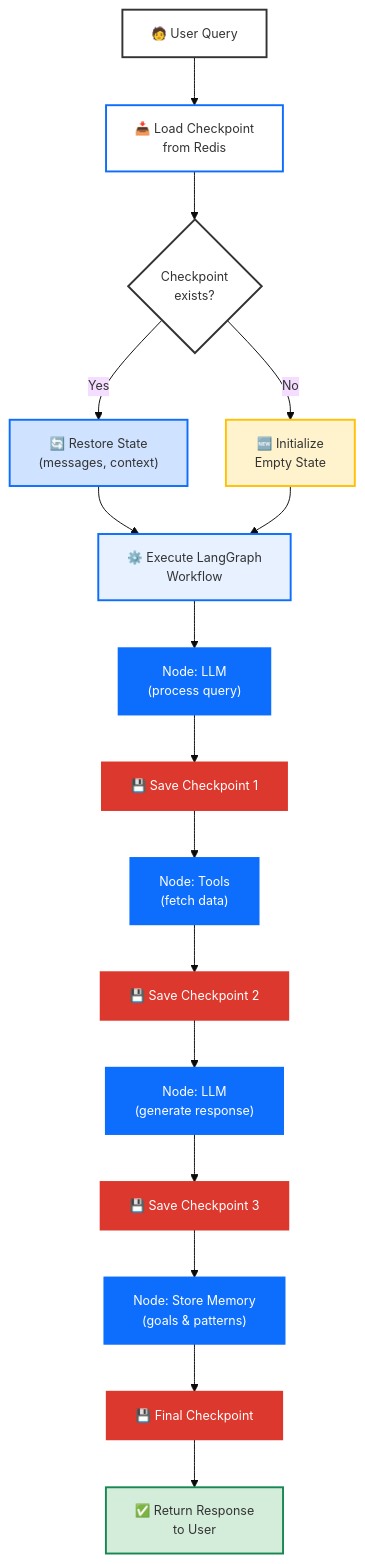
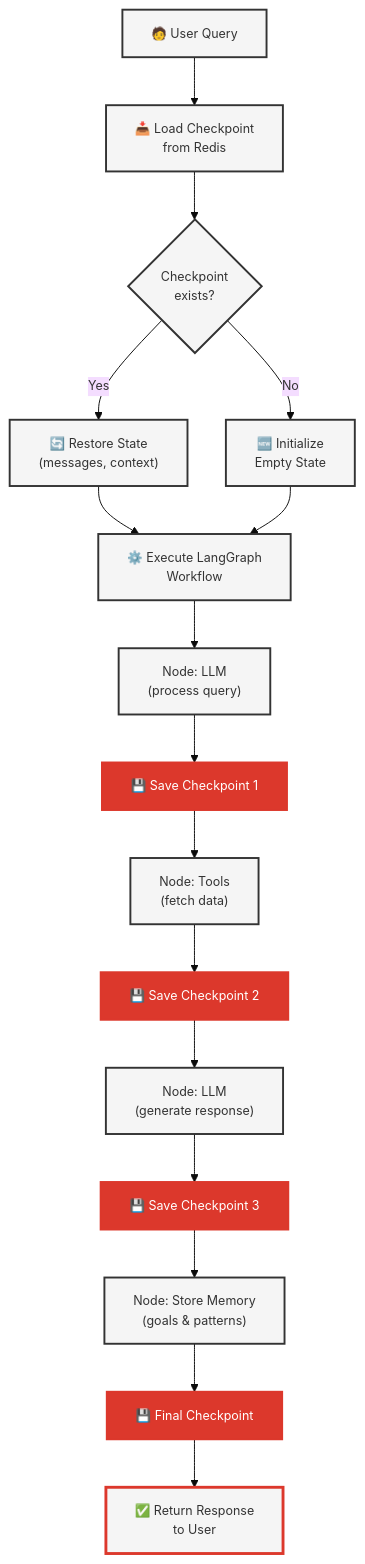
Before and after one commit to AllieRays/redis-wellness: the second of 2 diagrams in docs/12_LANGGRAPH_CHECKPOINTING.md, drawn with Mermaid. The commit also changed other lines of this file and 6 other files, not shown here.

````diff
--- a/docs/12_LANGGRAPH_CHECKPOINTING.md
+++ b/docs/12_LANGGRAPH_CHECKPOINTING.md
@@ -126,42 +126,42 @@
 ```mermaid
 %%{init: {'theme':'base', 'themeVariables': { 'fontSize':'13px'}, 'flowchart': {'nodeSpacing': 40, 'rankSpacing': 50}}}%%
 flowchart TD
     Start["🧑 User Query"] --> Load["📥 Load Checkpoint<br/>from Redis"]
     Load --> Check{"Checkpoint<br/>exists?"}
 
     Check -->|"Yes"| Restore["🔄 Restore State<br/>(messages, context)"]
     Check -->|"No"| Init["🆕 Initialize<br/>Empty State"]
 
     Restore --> Execute["⚙️ Execute LangGraph<br/>Workflow"]
     Init --> Execute
 
     Execute --> Node1["Node: LLM<br/>(process query)"]
     Node1 --> Save1["💾 Save Checkpoint 1"]
 
     Save1 --> Node2["Node: Tools<br/>(fetch data)"]
     Node2 --> Save2["💾 Save Checkpoint 2"]
 
     Save2 --> Node3["Node: LLM<br/>(generate response)"]
     Node3 --> Save3["💾 Save Checkpoint 3"]
 
     Save3 --> Store["Node: Store Memory<br/>(goals & patterns)"]
     Store --> Final["💾 Final Checkpoint"]
 
     Final --> Response["✅ Return Response<br/>to User"]
 
-    style Start fill:#fff,stroke:#333,stroke-width:2px
-    style Load fill:#fff,stroke:#0d6efd,stroke-width:2px
-    style Check fill:#fff,stroke:#333,stroke-width:2px
-    style Restore fill:#cfe2ff,stroke:#0d6efd,stroke-width:2px
-    style Init fill:#fff3cd,stroke:#ffc107,stroke-width:2px
-    style Execute fill:#e7f1ff,stroke:#0d6efd,stroke-width:2px
-    style Node1 fill:#0d6efd,stroke:#0d6efd,stroke-width:2px,color:#fff
-    style Node2 fill:#0d6efd,stroke:#0d6efd,stroke-width:2px,color:#fff
-    style Node3 fill:#0d6efd,stroke:#0d6efd,stroke-width:2px,color:#fff
-    style Store fill:#0d6efd,stroke:#0d6efd,stroke-width:2px,color:#fff
-    style Save1 fill:#dc382d,stroke:#dc382d,stroke-width:2px,color:#fff
-    style Save2 fill:#dc382d,stroke:#dc382d,stroke-width:2px,color:#fff
-    style Save3 fill:#dc382d,stroke:#dc382d,stroke-width:2px,color:#fff
-    style Final fill:#dc382d,stroke:#dc382d,stroke-width:2px,color:#fff
-    style Response fill:#d4edda,stroke:#198754,stroke-width:2px
+    style Start fill:#f5f5f5,stroke:#333,stroke-width:2px
+    style Load fill:#f5f5f5,stroke:#333,stroke-width:2px
+    style Check fill:#f5f5f5,stroke:#333,stroke-width:2px
+    style Restore fill:#f5f5f5,stroke:#333,stroke-width:2px
+    style Init fill:#f5f5f5,stroke:#333,stroke-width:2px
+    style Execute fill:#f5f5f5,stroke:#333,stroke-width:2px
+    style Node1 fill:#f5f5f5,stroke:#333,stroke-width:2px
+    style Node2 fill:#f5f5f5,stroke:#333,stroke-width:2px
+    style Node3 fill:#f5f5f5,stroke:#333,stroke-width:2px
+    style Store fill:#f5f5f5,stroke:#333,stroke-width:2px
+    style Save1 fill:#DC382C,stroke:#DC382C,stroke-width:2px,color:#fff
+    style Save2 fill:#DC382C,stroke:#DC382C,stroke-width:2px,color:#fff
+    style Save3 fill:#DC382C,stroke:#DC382C,stroke-width:2px,color:#fff
+    style Final fill:#DC382C,stroke:#DC382C,stroke-width:2px,color:#fff
+    style Response fill:#f5f5f5,stroke:#DC382C,stroke-width:3px
 ```
````
